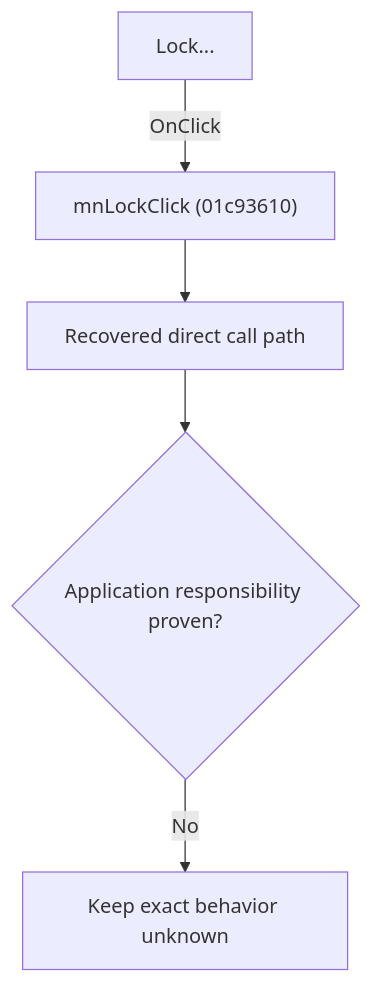
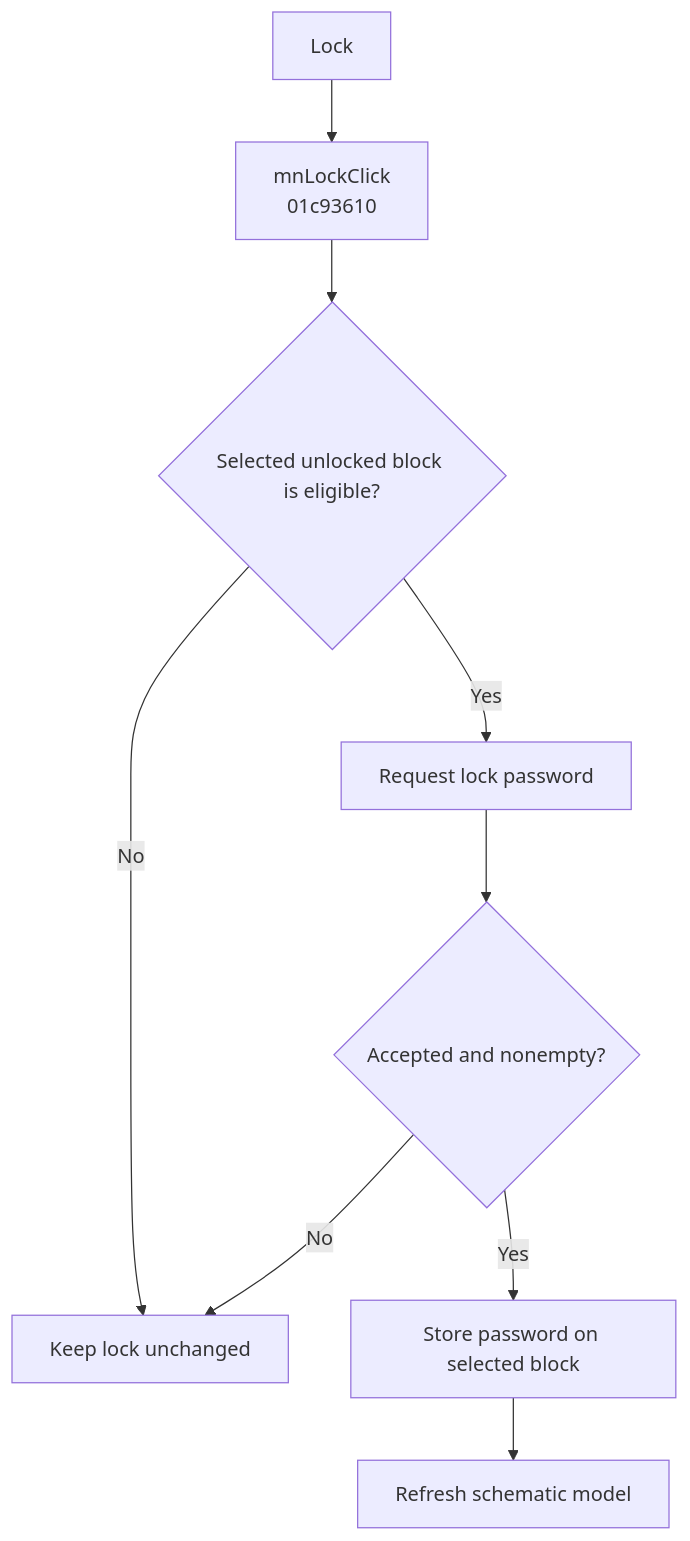
One commit to MovGP0/TIARA changed the diagram in docs/ui-controls/schematiceditor/mnlock-1ba80b3bac.md. Above: the diagram before and after it, drawn with Mermaid. The commit also changed other lines of this file and 241 other files, not shown here.

````diff
--- a/docs/ui-controls/schematiceditor/mnlock-1ba80b3bac.md
+++ b/docs/ui-controls/schematiceditor/mnlock-1ba80b3bac.md
@@ -27,7 +27,11 @@
 ```mermaid
 flowchart TD
-    control["Lock..."] -->|"OnClick"| handler["mnLockClick (01c93610)"]
-    handler --> recovered["Recovered direct call path"]
-    recovered --> gap{"Application responsibility proven?"}
-    gap -->|"No"| blocked["Keep exact behavior unknown"]
+    control["Lock"] --> handler["mnLockClick<br/>01c93610"]
+    handler --> eligible{"Selected unlocked block is eligible?"}
+    eligible -->|"No"| noOp["Keep lock unchanged"]
+    eligible -->|"Yes"| input["Request lock password"]
+    input --> accepted{"Accepted and nonempty?"}
+    accepted -->|"No"| noOp
+    accepted -->|"Yes"| store["Store password on selected block"]
+    store --> refresh["Refresh schematic model"]
 ```
````
